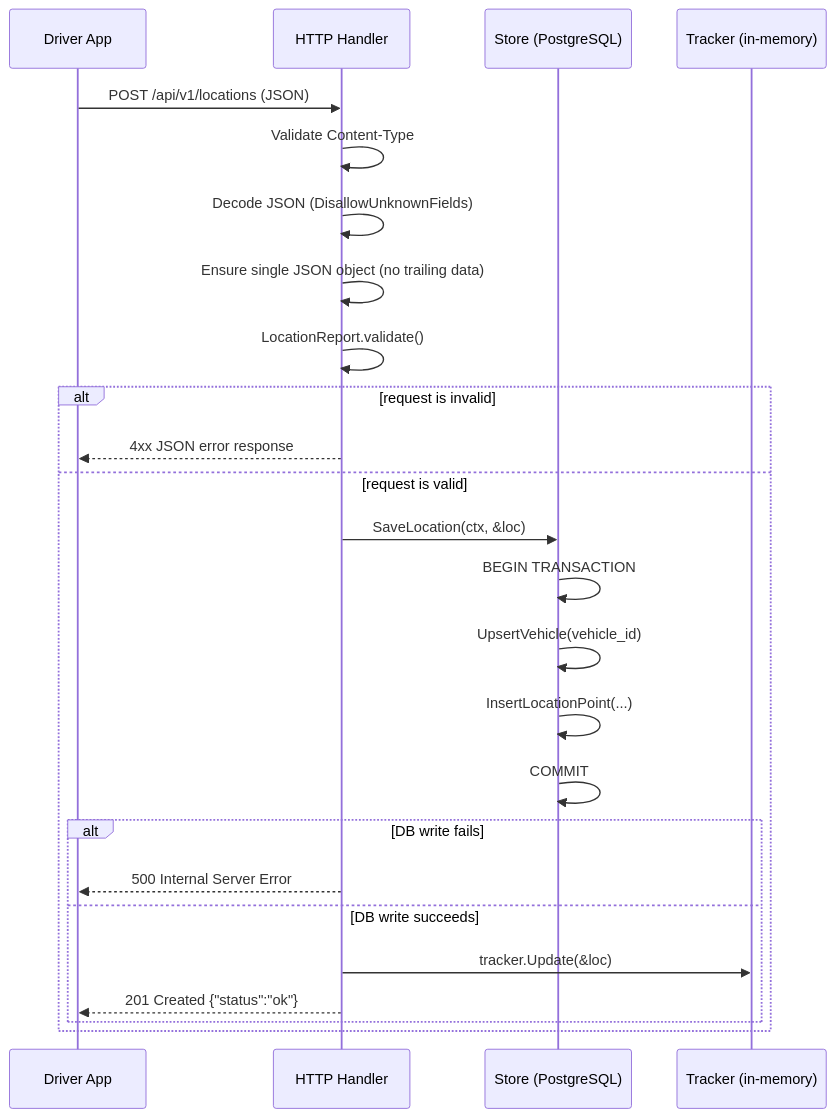
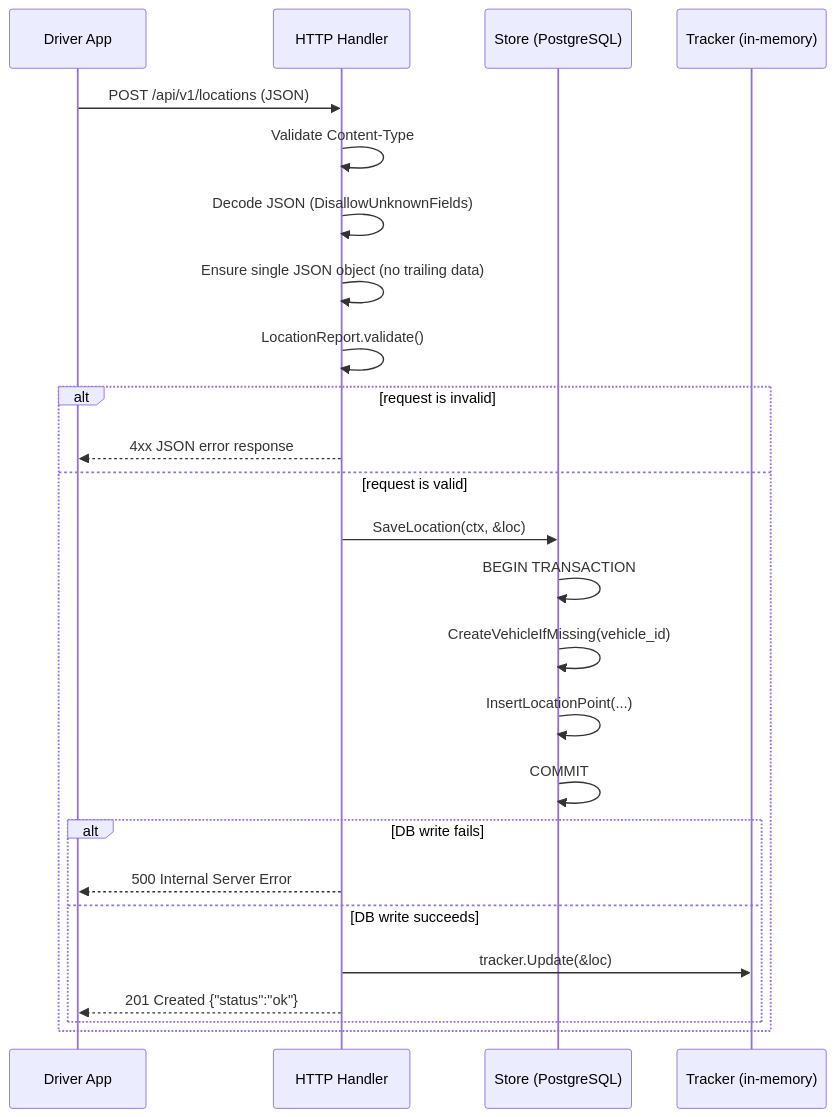
One commit to OneBusAway/vehicle-positions changed the fourth of 5 diagrams in ARCHITECTURE.md. Above: the diagram before and after it, drawn with Mermaid. The commit also changed other lines of this file and 5 other files, not shown here.

````diff
--- a/ARCHITECTURE.md
+++ b/ARCHITECTURE.md
@@ -283,30 +283,30 @@
 ```mermaid
 sequenceDiagram
   participant DA as Driver App
   participant H  as HTTP Handler
   participant S  as Store (PostgreSQL)
   participant T  as Tracker (in-memory)
 
   DA->>H: POST /api/v1/locations (JSON)
   H->>H: Validate Content-Type
   H->>H: Decode JSON (DisallowUnknownFields)
   H->>H: Ensure single JSON object (no trailing data)
   H->>H: LocationReport.validate()
 
   alt request is invalid
     H-->>DA: 4xx JSON error response
   else request is valid
     H->>S: SaveLocation(ctx, &loc)
     S->>S: BEGIN TRANSACTION
-    S->>S: UpsertVehicle(vehicle_id)
+    S->>S: CreateVehicleIfMissing(vehicle_id)
     S->>S: InsertLocationPoint(...)
     S->>S: COMMIT
 
     alt DB write fails
       H-->>DA: 500 Internal Server Error
     else DB write succeeds
       H->>T: tracker.Update(&loc)
       H-->>DA: 201 Created {"status":"ok"}
     end
   end
 ```
````
